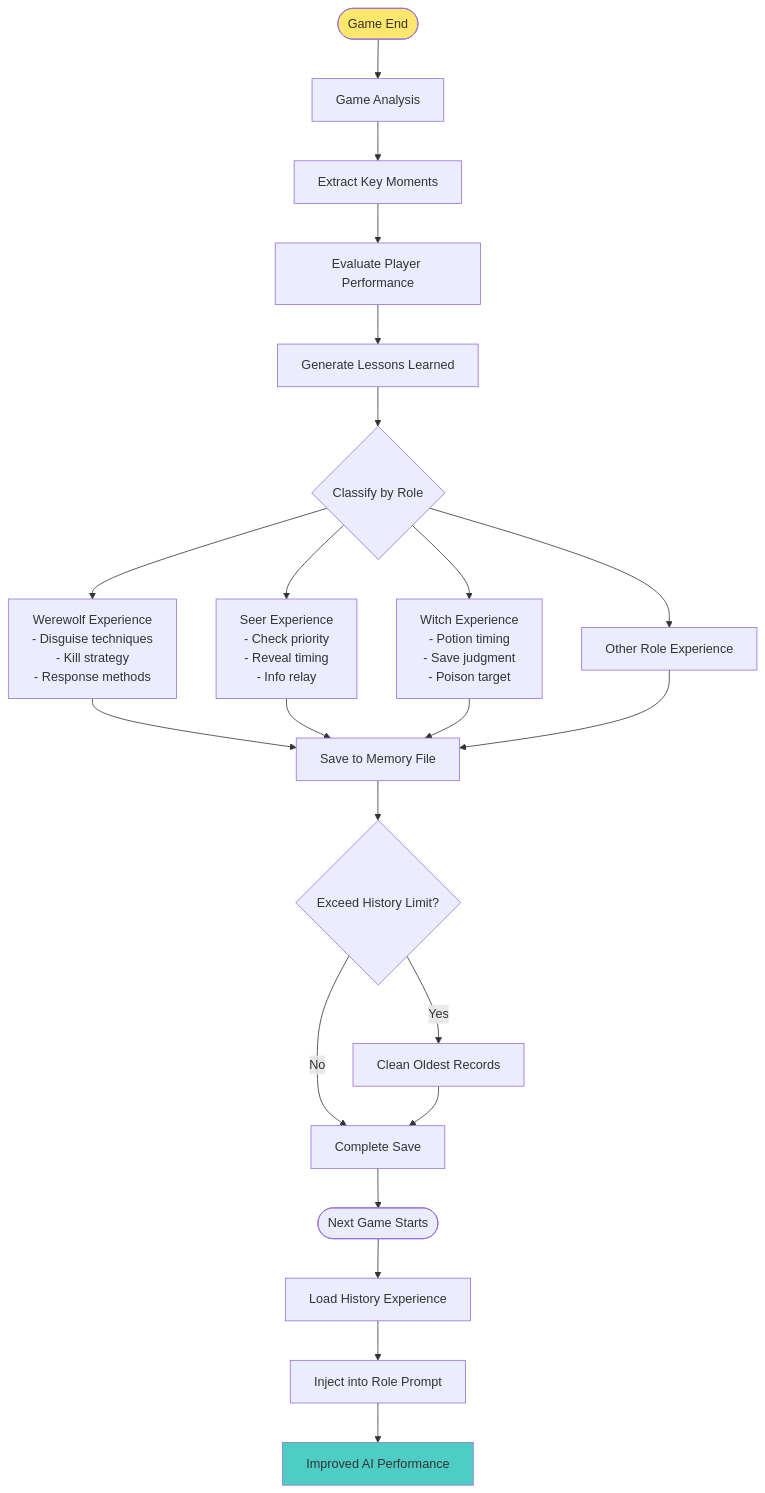
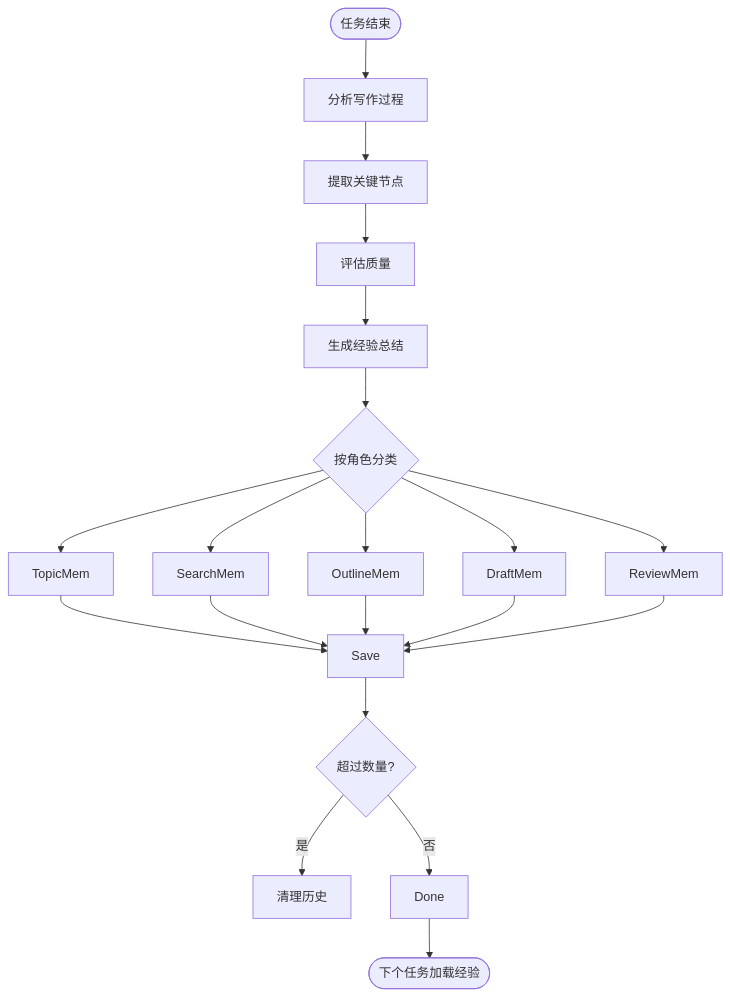
The seventh of 9 diagrams in README.md (ddssmm1/ai-writing-workflow), drawn with Mermaid before and after one commit. The commit also changed other lines of this file, not shown here.

````diff
--- a/README.md
+++ b/README.md
@@ -230,33 +192,26 @@
 ```mermaid
 graph TB
-    Start([Game End]) --> Analyze[Game Analysis]
+    Start([任务结束]) --> Analyze[分析写作过程]
+    Analyze --> Extract[提取关键节点]
+    Extract --> Eval[评估质量]
+    Eval --> Insight[生成经验总结]
 
-    Analyze --> ExtractKey[Extract Key Moments]
-    ExtractKey --> EvaluatePlayer[Evaluate Player Performance]
-    EvaluatePlayer --> GenerateInsight[Generate Lessons Learned]
+    Insight --> Split{按角色分类}
+    Split --> TopicMem
+    Split --> SearchMem
+    Split --> OutlineMem
+    Split --> DraftMem
+    Split --> ReviewMem
 
-    GenerateInsight --> RoleInsight{Classify by Role}
+    TopicMem --> Save
+    SearchMem --> Save
+    OutlineMem --> Save
+    DraftMem --> Save
+    ReviewMem --> Save
 
-    RoleInsight --> WolfInsight[Werewolf Experience<br/>- Disguise techniques<br/>- Kill strategy<br/>- Response methods]
-    RoleInsight --> SeerInsight[Seer Experience<br/>- Check priority<br/>- Reveal timing<br/>- Info relay]
-    RoleInsight --> WitchInsight[Witch Experience<br/>- Potion timing<br/>- Save judgment<br/>- Poison target]
-    RoleInsight --> OtherInsight[Other Role Experience]
+    Save --> Limit{超过数量?}
+    Limit -->|是| Clean[清理历史]
+    Limit -->|否| Done
 
-    WolfInsight --> SaveMemory[Save to Memory File]
-    SeerInsight --> SaveMemory
-    WitchInsight --> SaveMemory
-    OtherInsight --> SaveMemory
-
-    SaveMemory --> LimitHistory{Exceed History Limit?}
-    LimitHistory -->|Yes| CleanOld[Clean Oldest Records]
-    LimitHistory -->|No| Done
-    CleanOld --> Done[Complete Save]
-
-    Done --> NextGame([Next Game Starts])
-    NextGame --> LoadMemory[Load History Experience]
-    LoadMemory --> InjectPrompt[Inject into Role Prompt]
-    InjectPrompt --> ImprovedAI[Improved AI Performance]
-
-    style Start fill:#FFE66D
-    style ImprovedAI fill:#4ECDC4
+    Done --> Next([下个任务加载经验])
 ```
````
